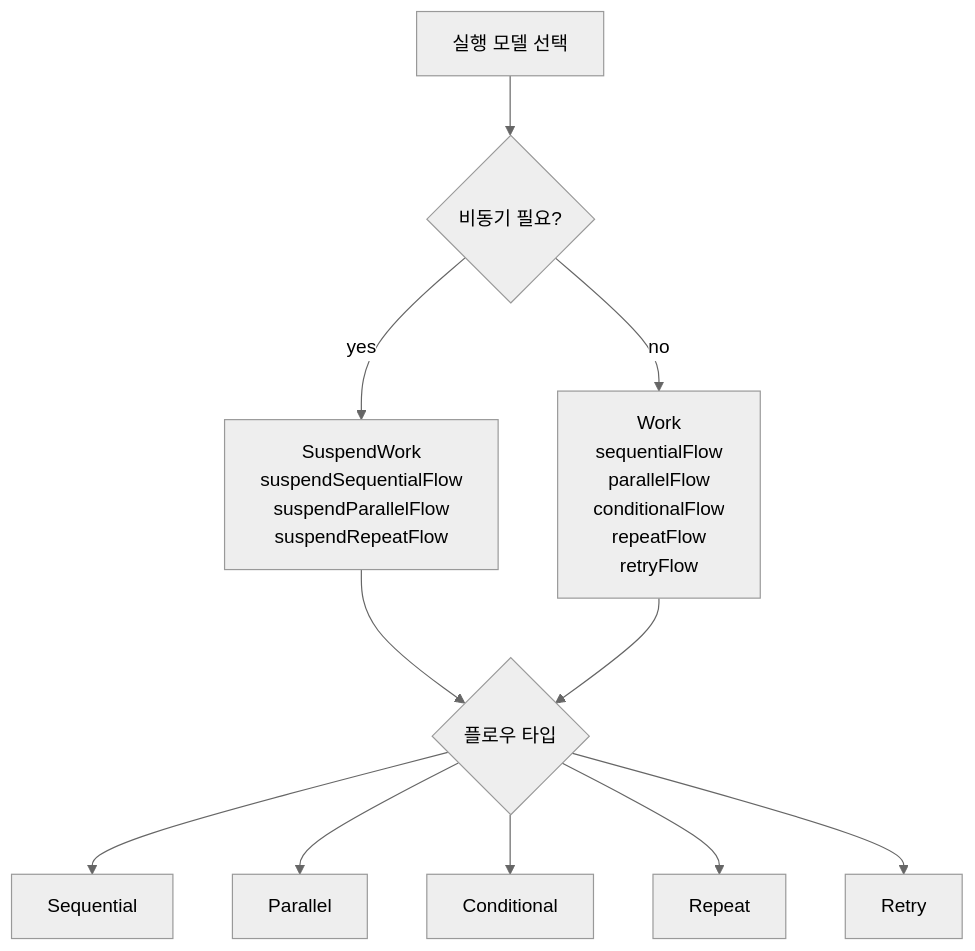
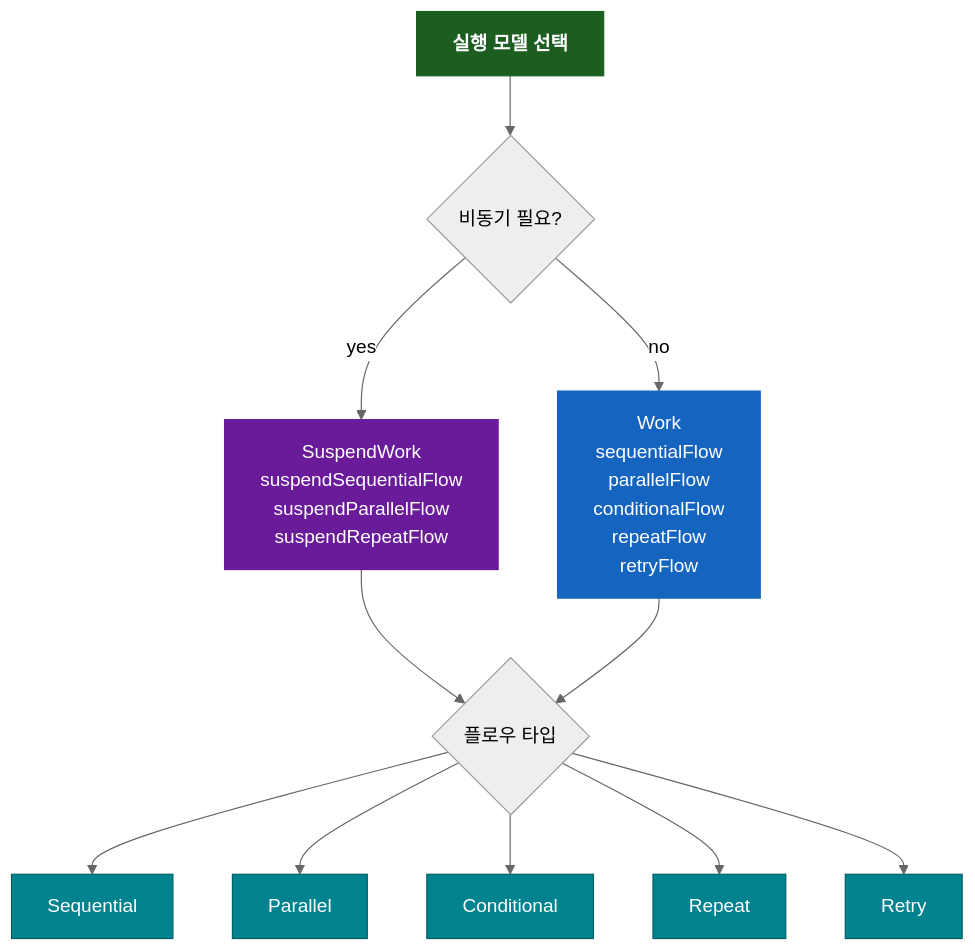
One commit to bluetape4k/bluetape4k-projects changed the third of 8 diagrams in utils/workflow/README.ko.md. Above: the diagram before and after it, drawn with Mermaid (neutral theme). The commit also changed other lines of this file and 221 other files, not shown here.

First line of the commit message:
docs: 전체 모듈 README UML 다이어그램 보강 및 색상 업그레이드

````diff
--- a/utils/workflow/README.ko.md
+++ b/utils/workflow/README.ko.md
@@ -57,14 +68,24 @@
 ```mermaid
 flowchart TD
     A[실행 모델 선택] --> B{비동기 필요?}
     B -->|yes| C["SuspendWork\nsuspendSequentialFlow\nsuspendParallelFlow\nsuspendRepeatFlow"]
     B -->|no| D["Work\nsequentialFlow\nparallelFlow\nconditionalFlow\nrepeatFlow\nretryFlow"]
 
     C --> E{플로우 타입}
     D --> E
     E --> F[Sequential]
     E --> G[Parallel]
     E --> H[Conditional]
     E --> I[Repeat]
     E --> J[Retry]
+
+    classDef coreStyle fill:#1B5E20,stroke:#1B5E20,color:#FFFFFF,font-weight:bold
+    classDef serviceStyle fill:#1565C0,stroke:#1565C0,color:#FFFFFF
+    classDef asyncStyle fill:#6A1B9A,stroke:#6A1B9A,color:#FFFFFF
+    classDef dslStyle fill:#00838F,stroke:#006064,color:#FFFFFF
+
+    class A coreStyle
+    class C asyncStyle
+    class D serviceStyle
+    class F,G,H,I,J dslStyle
 ```
````
